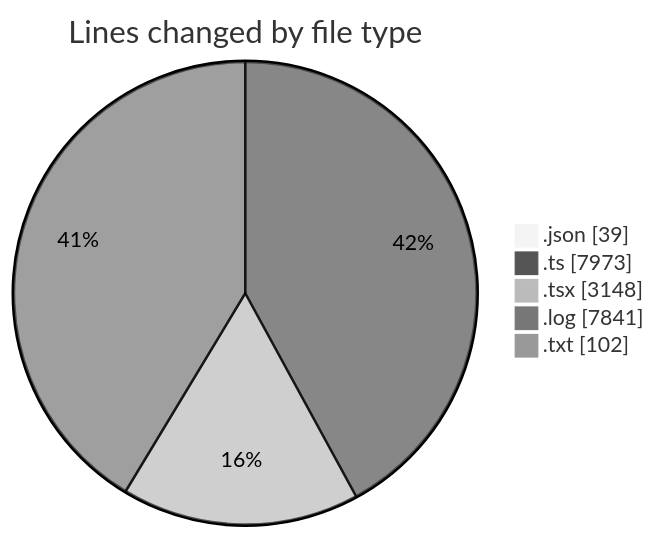
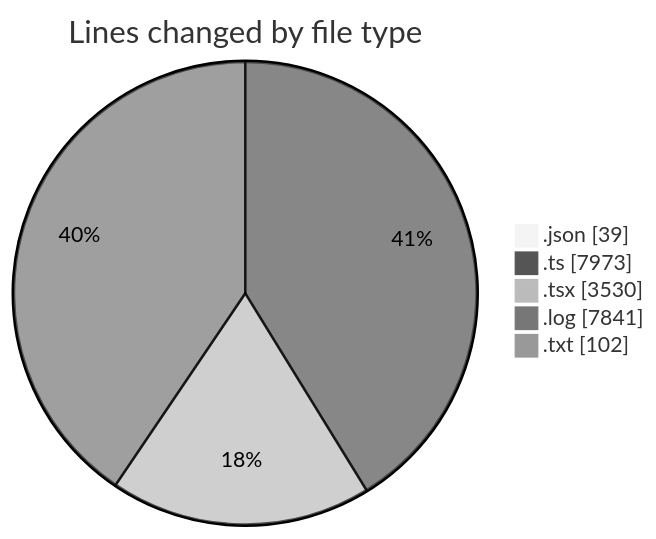
One commit to lephambinh05/code-tracking changed the first of 2 diagrams in 2025-09-13/napxuvn/README.md. Above: the diagram before and after it, drawn with Mermaid (neutral theme). The commit also changed other lines of this file and 1 other file, not shown here.

````diff
--- a/2025-09-13/napxuvn/README.md
+++ b/2025-09-13/napxuvn/README.md
@@ -79,9 +80,9 @@
 ```mermaid
 pie showData
 title Lines changed by file type
 ".json" : 39
 ".ts" : 7973
-".tsx" : 3148
+".tsx" : 3530
 ".log" : 7841
 ".txt" : 102
 ```
````
